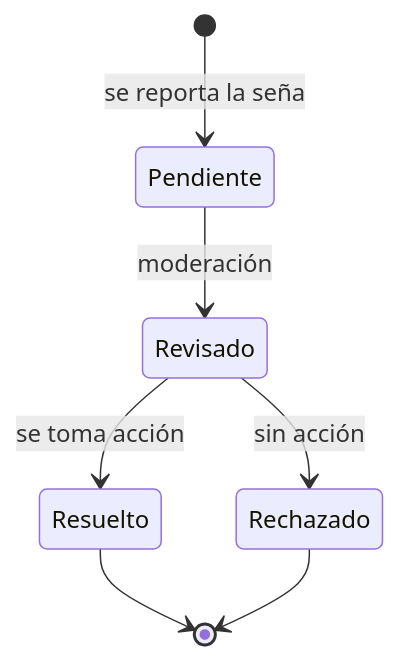
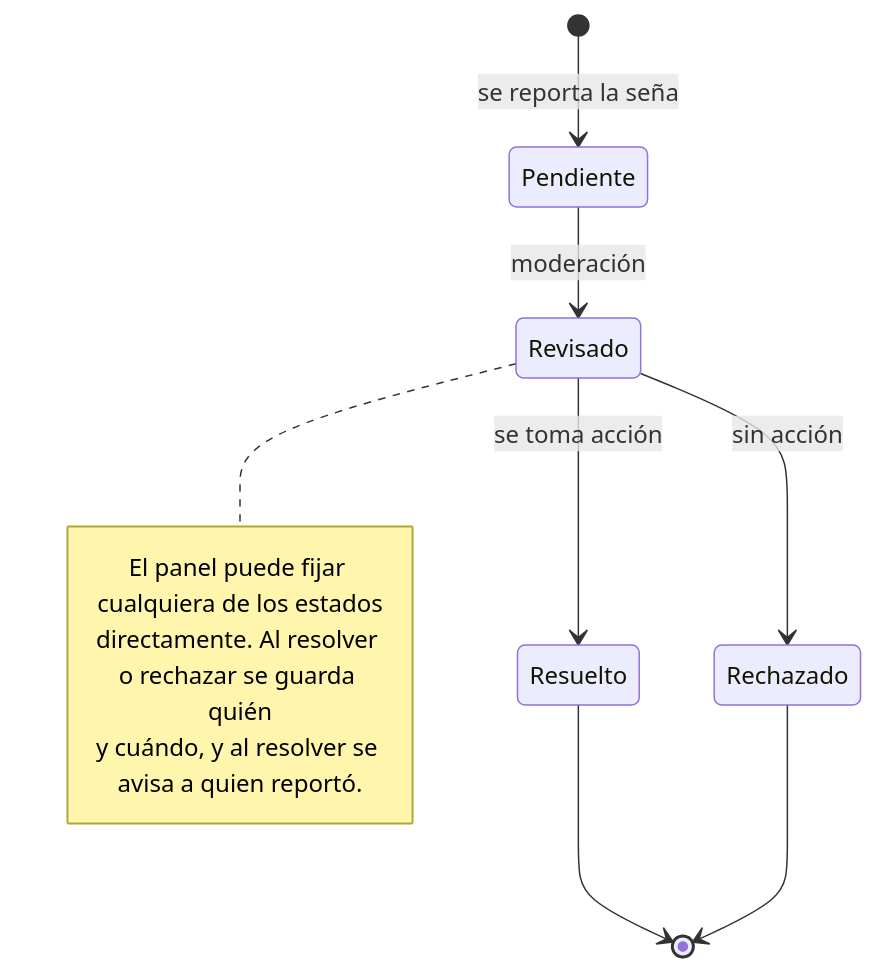
One commit to signasource/signa-api changed the eighth of 17 diagrams in docs/diagrams/state.md. Above: the diagram before and after it, drawn with Mermaid. The commit also changed other lines of this file and 4 other files, not shown here.

First line of the commit message:
docs: sync CLAUDE.md, README and diagrams with the current code

````diff
--- a/docs/diagrams/state.md
+++ b/docs/diagrams/state.md
@@ -111,9 +134,14 @@
 ```mermaid
 stateDiagram-v2
     [*] --> Pendiente : se reporta la seña
     Pendiente --> Revisado : moderación
     Revisado --> Resuelto : se toma acción
     Revisado --> Rechazado : sin acción
     Resuelto --> [*]
     Rechazado --> [*]
+    note right of Revisado
+        El panel puede fijar cualquiera de los estados
+        directamente. Al resolver o rechazar se guarda quién
+        y cuándo, y al resolver se avisa a quien reportó.
+    end note
 ```
````
